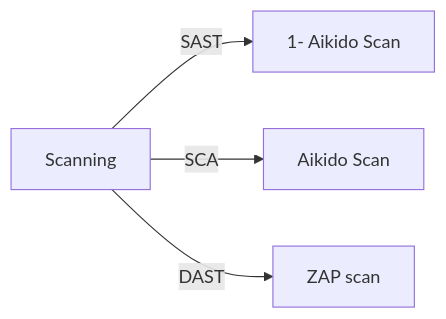
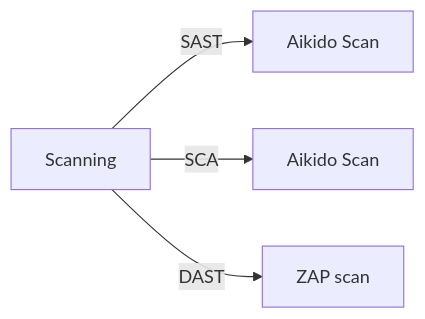
The second of 2 diagrams in README.md (dmss-group3-practice-module/backend), drawn with Mermaid before and after one commit. The commit also changed other lines of this file, not shown here.

Commit message:
chore: formatting in readme

````diff
--- a/README.md
+++ b/README.md
@@ -77,7 +77,7 @@
 ```mermaid
 flowchart LR
     A[Scanning]
-    A -->|SAST| B[1- Aikido Scan]
+    A -->|SAST| B[Aikido Scan]
     A -->|SCA| C[Aikido Scan]
     A -->|DAST| D[ZAP scan]
 ```
````
